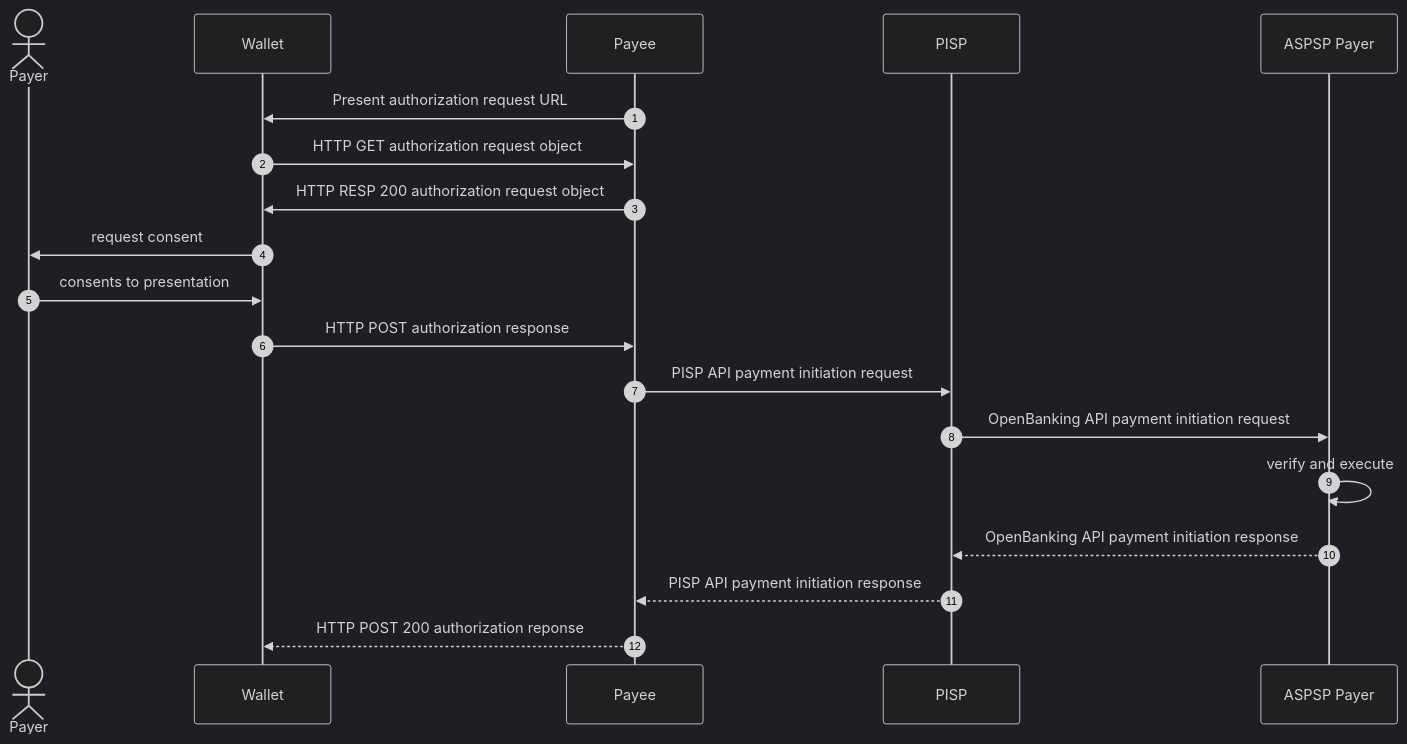
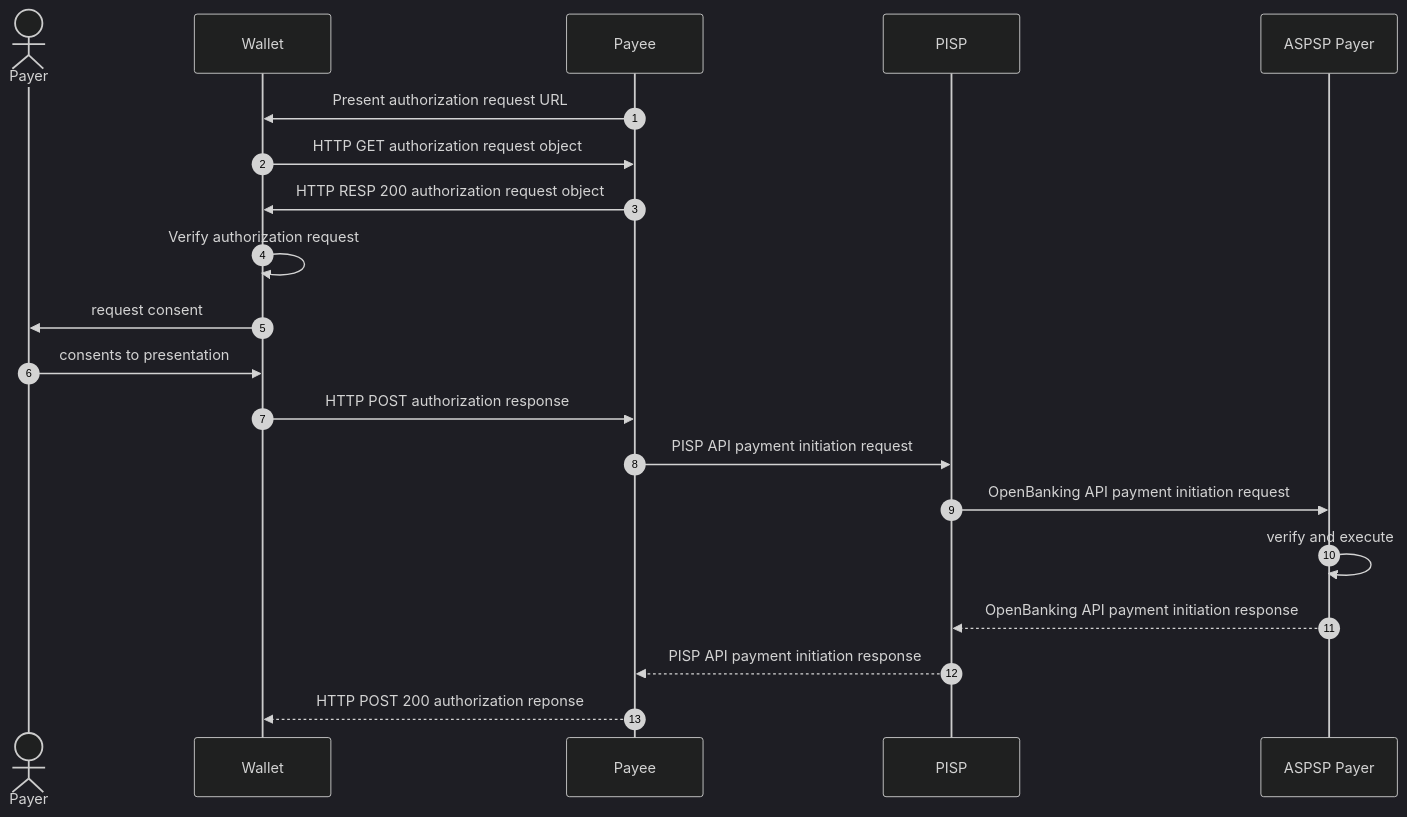
One commit to digitallabor-berlin/eudiw-sca changed the diagram in openbanking-r2s.md. Above: the diagram before and after it, drawn with Mermaid (dark theme). The commit also changed other lines of this file, not shown here.

Commit message:
verify auth request

````diff
--- a/openbanking-r2s.md
+++ b/openbanking-r2s.md
@@ -119,26 +119,27 @@
 ```mermaid
 
 sequenceDiagram
     autonumber
     actor payer as Payer
     participant uw as Wallet
     participant payee as Payee
     participant pisp as PISP
     participant bank as ASPSP Payer
 
     payee ->> uw: Present authorization request URL
     uw ->> payee: HTTP GET authorization request object
     payee ->> uw: HTTP RESP 200 authorization request object
+    uw ->> uw: Verify authorization request
 
     uw ->> payer: request consent 
     payer ->> uw: consents to presentation
     uw ->> payee: HTTP POST authorization response
     payee ->> pisp: PISP API payment initiation request 
     pisp ->> bank: OpenBanking API payment initiation request
     bank ->> bank: verify and execute
     bank -->> pisp: OpenBanking API payment initiation response
     pisp -->> payee: PISP API payment initiation response
     payee -->> uw: HTTP POST 200 authorization reponse
     
 
 ```
````
